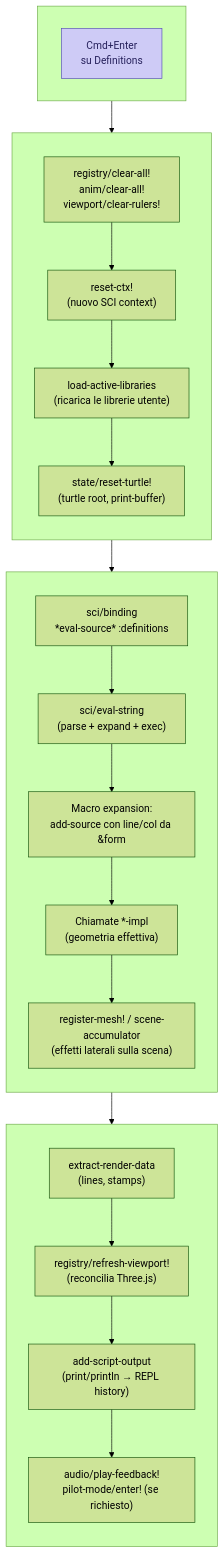
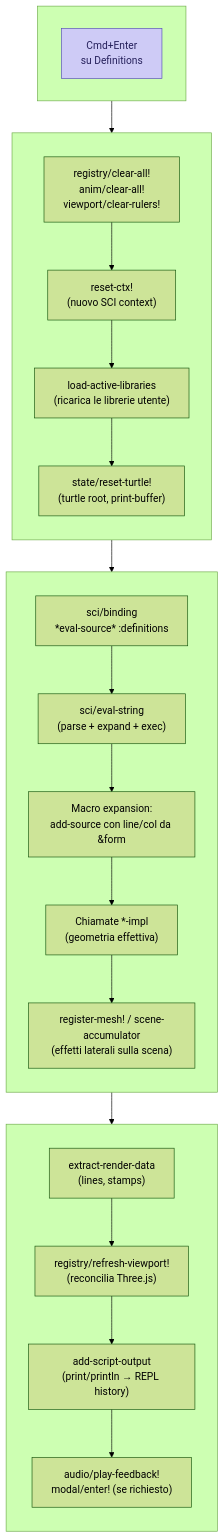
One commit to vipenzo/ridley changed the second of 7 diagrams in docs/Architecture.md. Above: the diagram before and after it, drawn with Mermaid (forest theme). The commit also changed other lines of this file and 9 other files, not shown here.

````diff
--- a/docs/Architecture.md
+++ b/docs/Architecture.md
@@ -299,42 +299,42 @@
 ```mermaid
 flowchart TB
     subgraph TRIGGER [" "]
         direction LR
         Keystroke["Cmd+Enter<br/>su Definitions"]
     end
 
     subgraph RESET [" "]
         direction TB
         ClearRegistry["registry/clear-all!<br/>anim/clear-all!<br/>viewport/clear-rulers!"]
         NewCtx["reset-ctx!<br/>(nuovo SCI context)"]
         ReloadLibs["load-active-libraries<br/>(ricarica le librerie utente)"]
         ResetTurtle["state/reset-turtle!<br/>(turtle root, print-buffer)"]
         ClearRegistry --> NewCtx --> ReloadLibs --> ResetTurtle
     end
 
     subgraph EVAL [" "]
         direction TB
         BindSource["sci/binding<br/>*eval-source* :definitions"]
         Parse["sci/eval-string<br/>(parse + expand + exec)"]
         Macros["Macro expansion:<br/>add-source con line/col da &form"]
         Impl["Chiamate *-impl<br/>(geometria effettiva)"]
         RegisterSide["register-mesh! / scene-accumulator<br/>(effetti laterali sulla scena)"]
         BindSource --> Parse --> Macros --> Impl --> RegisterSide
     end
 
     subgraph POST [" "]
         direction TB
         ExtractRender["extract-render-data<br/>(lines, stamps)"]
         RefreshViewport["registry/refresh-viewport!<br/>(reconcilia Three.js)"]
         HistoryOutput["add-script-output<br/>(print/println → REPL history)"]
-        Feedback["audio/play-feedback!<br/>pilot-mode/enter! (se richiesto)"]
+        Feedback["audio/play-feedback!<br/>modal/enter! (se richiesto)"]
         ExtractRender --> RefreshViewport --> HistoryOutput --> Feedback
     end
 
     Keystroke --> RESET
     RESET --> EVAL
     EVAL --> POST
 
     classDef phase fill:#CECBF6,stroke:#534AB7,color:#26215C
     class Keystroke phase
 ```
````
